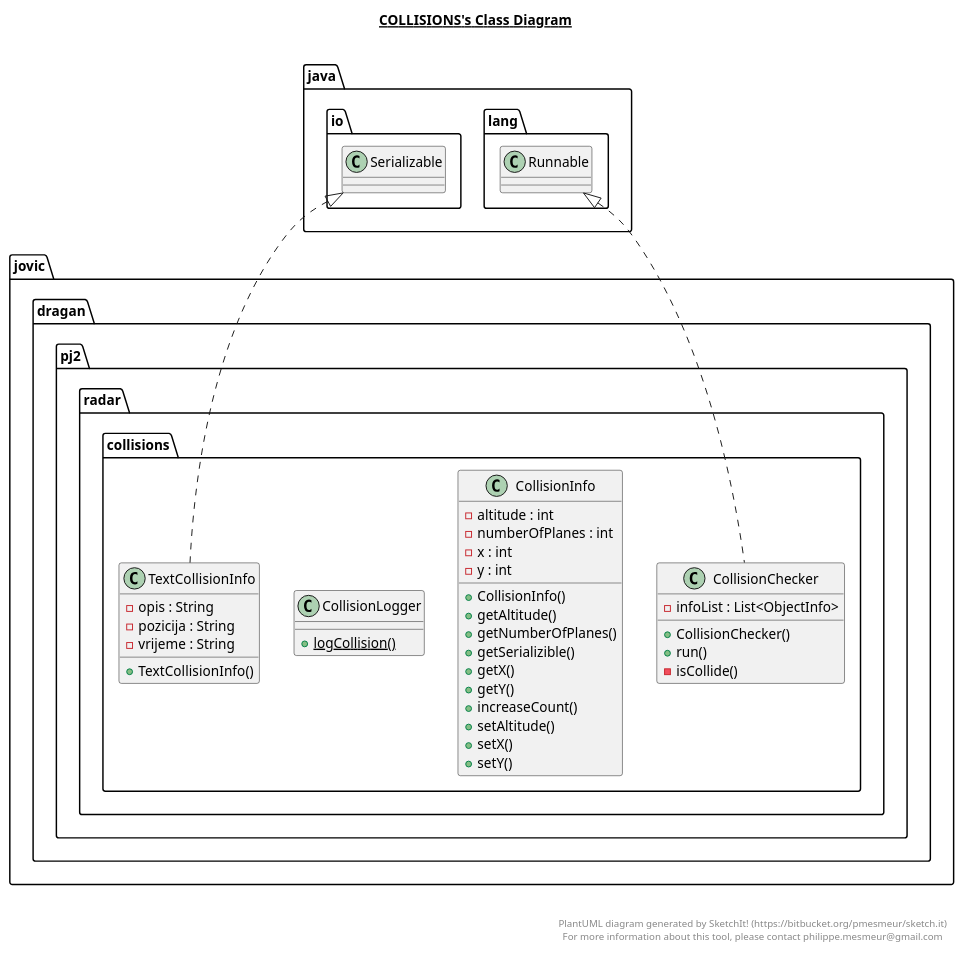
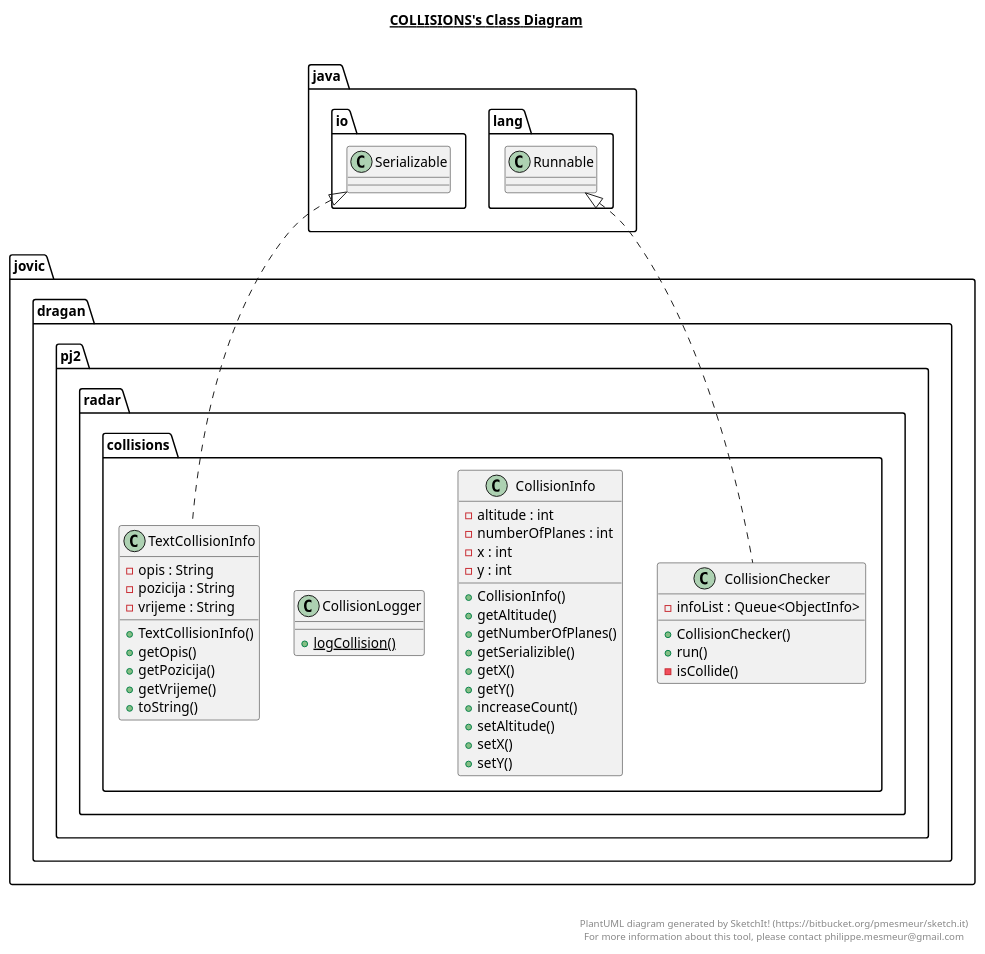
One commit to Coki32/PJ2_Projektni changed the diagram in src/jovic/dragan/pj2/radar/collisions/collisions.plantuml. Above: the diagram before and after it, drawn with PlantUML. The commit also changed 51 other files, not shown here.

```diff
--- a/src/jovic/dragan/pj2/radar/collisions/collisions.plantuml
+++ b/src/jovic/dragan/pj2/radar/collisions/collisions.plantuml
@@ -1,71 +1,75 @@
 @startuml
 
 title __COLLISIONS's Class Diagram__\n
 
   namespace jovic.dragan.pj2.radar {
     namespace collisions {
       class jovic.dragan.pj2.radar.collisions.CollisionChecker {
-          - infoList : List<ObjectInfo>
+          - infoList : Queue<ObjectInfo>
           + CollisionChecker()
           + run()
           - isCollide()
       }
     }
   }
   
 
   namespace jovic.dragan.pj2.radar {
     namespace collisions {
       class jovic.dragan.pj2.radar.collisions.CollisionInfo {
           - altitude : int
           - numberOfPlanes : int
           - x : int
           - y : int
           + CollisionInfo()
           + getAltitude()
           + getNumberOfPlanes()
           + getSerializible()
           + getX()
           + getY()
           + increaseCount()
           + setAltitude()
           + setX()
           + setY()
       }
     }
   }
   
 
   namespace jovic.dragan.pj2.radar {
     namespace collisions {
       class jovic.dragan.pj2.radar.collisions.CollisionLogger {
           {static} + logCollision()
       }
     }
   }
   
 
   namespace jovic.dragan.pj2.radar {
     namespace collisions {
       class jovic.dragan.pj2.radar.collisions.TextCollisionInfo {
           - opis : String
           - pozicija : String
           - vrijeme : String
           + TextCollisionInfo()
+          + getOpis()
+          + getPozicija()
+          + getVrijeme()
+          + toString()
       }
     }
   }
   
 
   jovic.dragan.pj2.radar.collisions.CollisionChecker .up.|> java.lang.Runnable
   jovic.dragan.pj2.radar.collisions.TextCollisionInfo .up.|> java.io.Serializable
 
 
 right footer
 
 
 PlantUML diagram generated by SketchIt! (https://bitbucket.org/pmesmeur/sketch.it)
 For more information about this tool, please contact philippe.mesmeur@gmail.com
 endfooter
 
 @enduml
```
